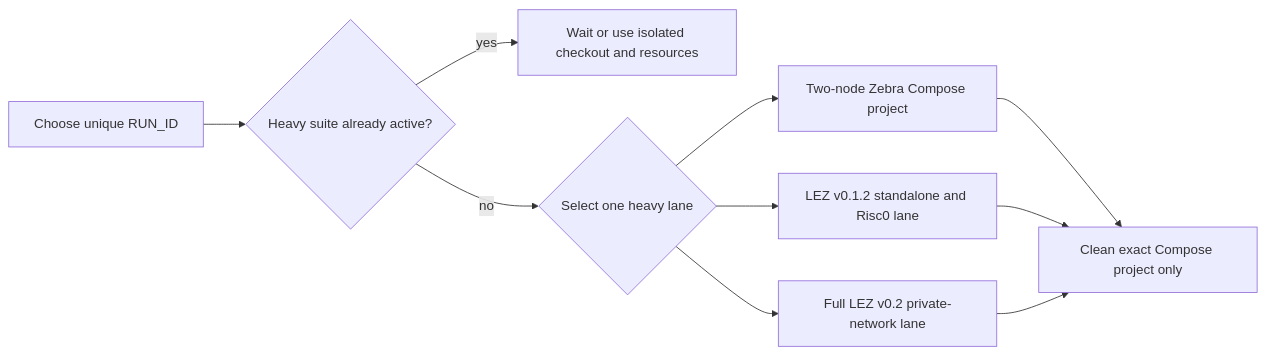
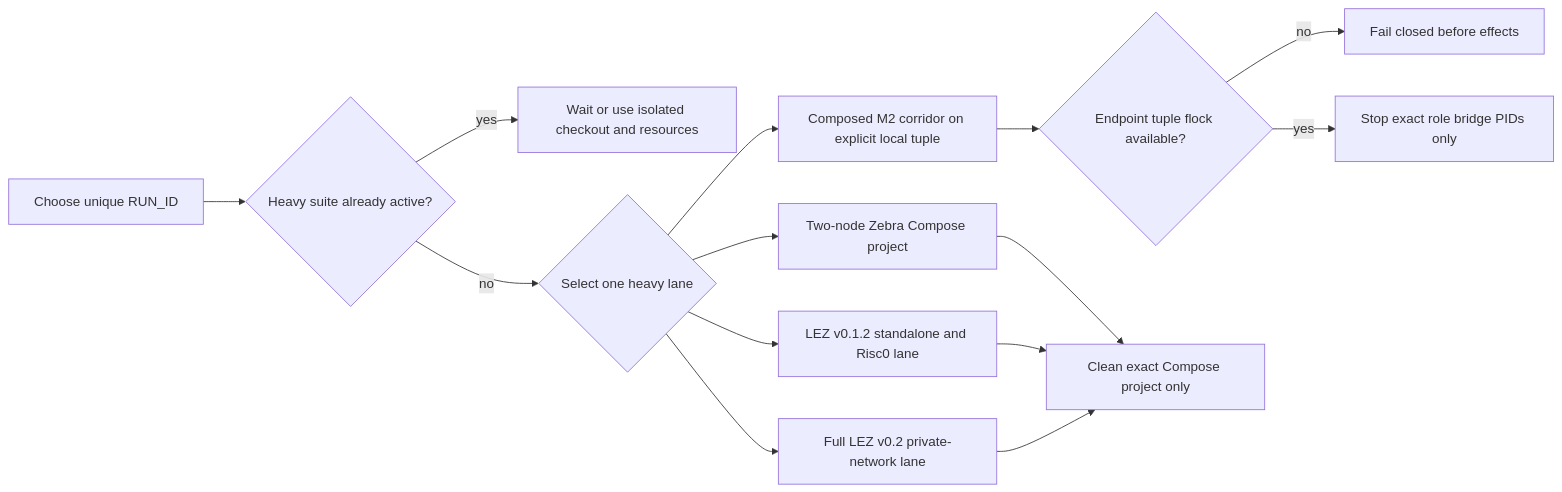
One commit to gateway-fm/lez-atomic-swaps changed the fourth of 4 diagrams in docs/architecture/deployment-components-and-rpcs.md. Above: the diagram before and after it, drawn with Mermaid. The commit also changed other lines of this file and 14 other files, not shown here.

Commit message:
feat: complete reverse local M2 corridor

````diff
--- a/docs/architecture/deployment-components-and-rpcs.md
+++ b/docs/architecture/deployment-components-and-rpcs.md
@@ -425,12 +445,16 @@
 ```mermaid
 flowchart LR
     Start["Choose unique RUN_ID"] --> Check{"Heavy suite already active?"}
     Check -->|"yes"| Wait["Wait or use isolated checkout and resources"]
     Check -->|"no"| Choose{"Select one heavy lane"}
     Choose --> Zebra["Two-node Zebra Compose project"]
     Choose --> Lez["LEZ v0.1.2 standalone and Risc0 lane"]
     Choose --> LezV02["Full LEZ v0.2 private-network lane"]
+    Choose --> Corridor["Composed M2 corridor on explicit local tuple"]
+    Corridor --> Lock{"Endpoint tuple flock available?"}
+    Lock -->|"no"| Refuse["Fail closed before effects"]
+    Lock -->|"yes"| RoleCleanup["Stop exact role bridge PIDs only"]
     Zebra --> ScopedCleanup["Clean exact Compose project only"]
     Lez --> ScopedCleanup
     LezV02 --> ScopedCleanup
 ```
````
